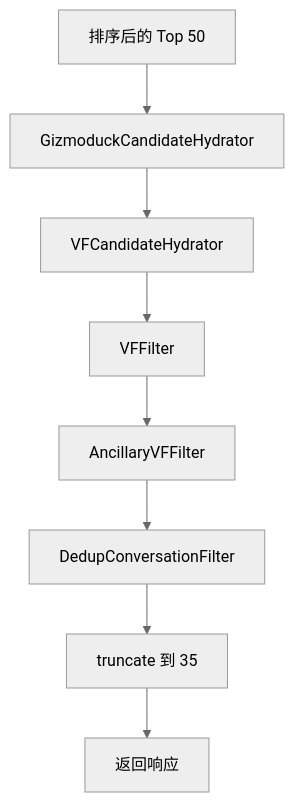
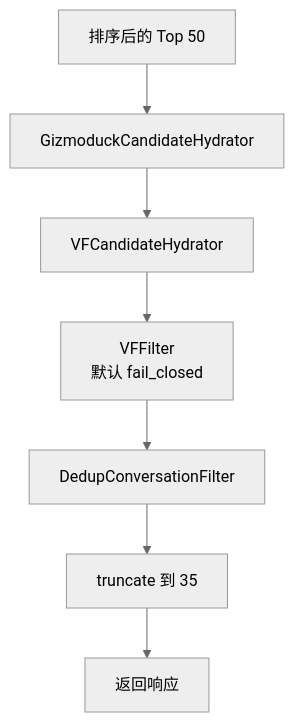
The fourth of 4 diagrams in docs/home-mixer/04-retrieval-filter-ranking.md (freefcw/x-algorithm), drawn with Mermaid (neutral theme) before and after one commit. The commit also changed other lines of this file and 21 other files, not shown here.

First line of the commit message:
docs: 同步 home-mixer 文档到主干现状（mrpyq 装配、U5 删除、fail-closed VF、ObjectId）

````diff
--- a/docs/home-mixer/04-retrieval-filter-ranking.md
+++ b/docs/home-mixer/04-retrieval-filter-ranking.md
@@ -231,10 +267,9 @@
 ```mermaid
 flowchart TD
     A["排序后的 Top 50"] --> G["GizmoduckCandidateHydrator"]
     G --> B["VFCandidateHydrator"]
-    B --> C["VFFilter"]
-    C --> A2["AncillaryVFFilter"]
-    A2 --> D["DedupConversationFilter"]
+    B --> C["VFFilter<br/>默认 fail_closed"]
+    C --> D["DedupConversationFilter"]
     D --> E["truncate 到 35"]
     E --> F["返回响应"]
 ```
````
